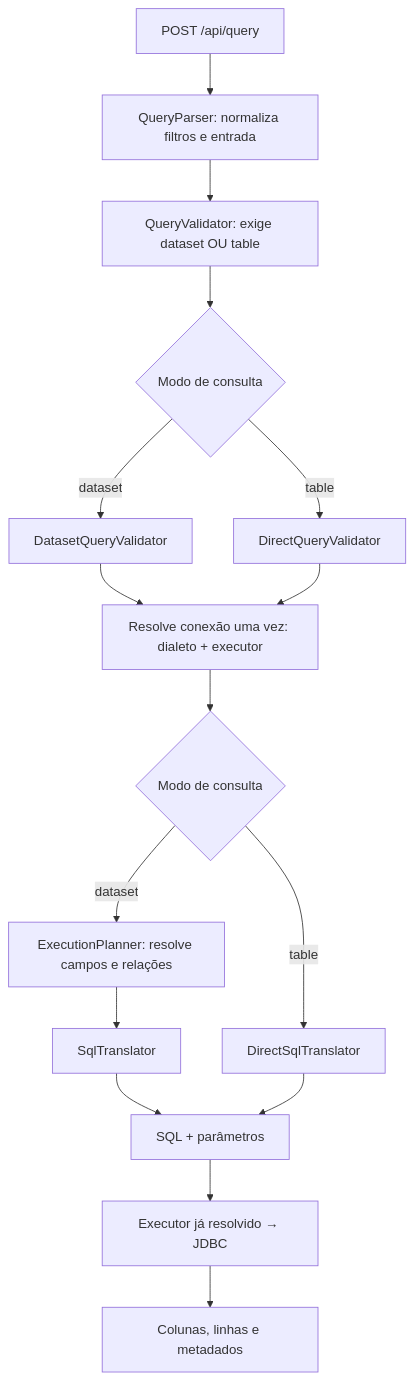
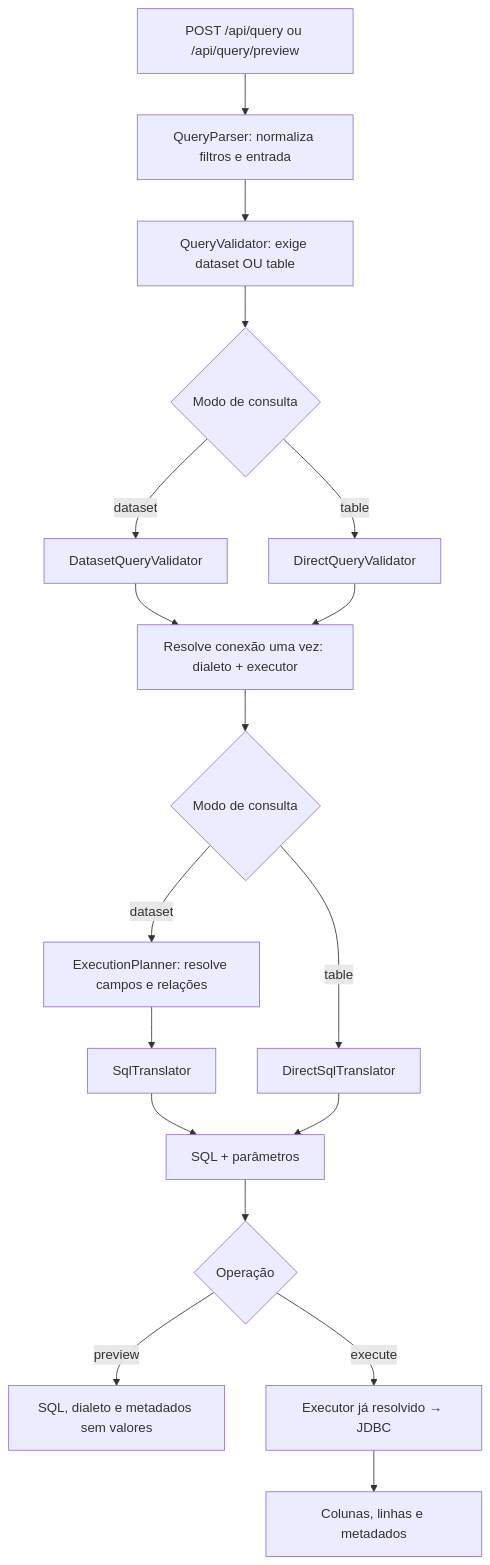
The diagram in README.md (LucasTropardi/atlas-query-engine), drawn with Mermaid before and after one commit. The commit also changed other lines of this file and 29 other files, not shown here.

````diff
--- a/README.md
+++ b/README.md
@@ -71,18 +71,20 @@
 ```mermaid
 flowchart TD
-    A["POST /api/query"] --> B["QueryParser: normaliza filtros e entrada"]
+    A["POST /api/query ou /api/query/preview"] --> B["QueryParser: normaliza filtros e entrada"]
     B --> C["QueryValidator: exige dataset OU table"]
     C --> D{"Modo de consulta"}
     D -->|dataset| E["DatasetQueryValidator"]
     D -->|table| F["DirectQueryValidator"]
     E --> G["Resolve conexão uma vez: dialeto + executor"]
     F --> G
     G --> H{"Modo de consulta"}
     H -->|dataset| I["ExecutionPlanner: resolve campos e relações"]
     I --> J["SqlTranslator"]
     H -->|table| K["DirectSqlTranslator"]
     J --> L["SQL + parâmetros"]
     K --> L
-    L --> M["Executor já resolvido → JDBC"]
+    L --> O{"Operação"}
+    O -->|preview| P["SQL, dialeto e metadados sem valores"]
+    O -->|execute| M["Executor já resolvido → JDBC"]
     M --> N["Colunas, linhas e metadados"]
 ```
````
